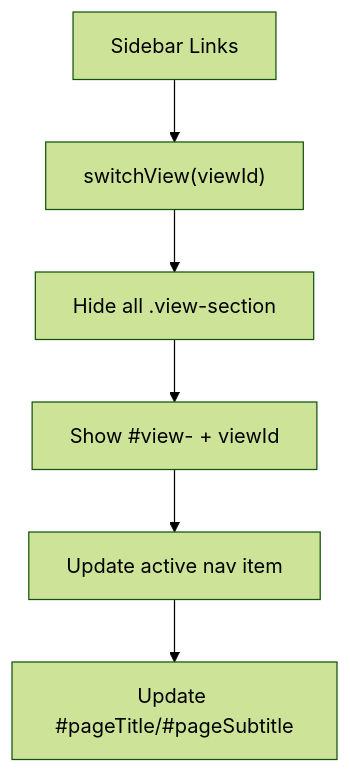
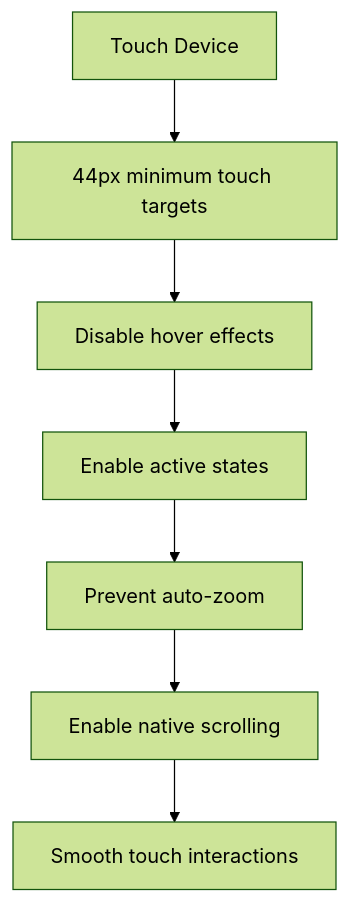
One commit to MohandWaleed3/PentexOne changed the fifth of 16 diagrams in .qoder/repowiki/en/content/Frontend Dashboard.md. Above: the diagram before and after it, drawn with Mermaid (forest theme). The commit also changed other lines of this file and 17 other files, not shown here.

````diff
--- a/.qoder/repowiki/en/content/Frontend Dashboard.md
+++ b/.qoder/repowiki/en/content/Frontend Dashboard.md
@@ -181,8 +229,9 @@
 ```mermaid
 flowchart TD
-Nav["Sidebar Links"] --> Switch["switchView(viewId)"]
-Switch --> HideAll["Hide all .view-section"]
-HideAll --> ShowTarget["Show #view-" + viewId]
-ShowTarget --> UpdateActive["Update active nav item"]
-UpdateActive --> UpdateTitle["Update #pageTitle/#pageSubtitle"]
+Touch["Touch Device"] --> LargeTargets["44px minimum touch targets"]
+LargeTargets --> NoHover["Disable hover effects"]
+NoHover --> ActiveStates["Enable active states"]
+ActiveStates --> PreventZoom["Prevent auto-zoom"]
+PreventZoom --> NativeScroll["Enable native scrolling"]
+NativeScroll --> SmoothTouch["Smooth touch interactions"]
 ```
````
